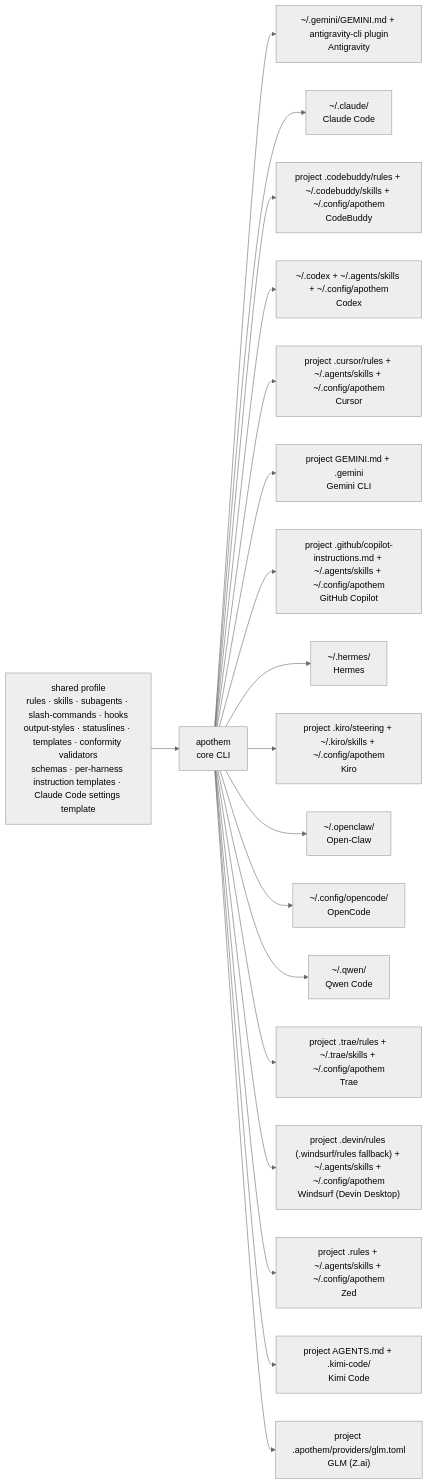
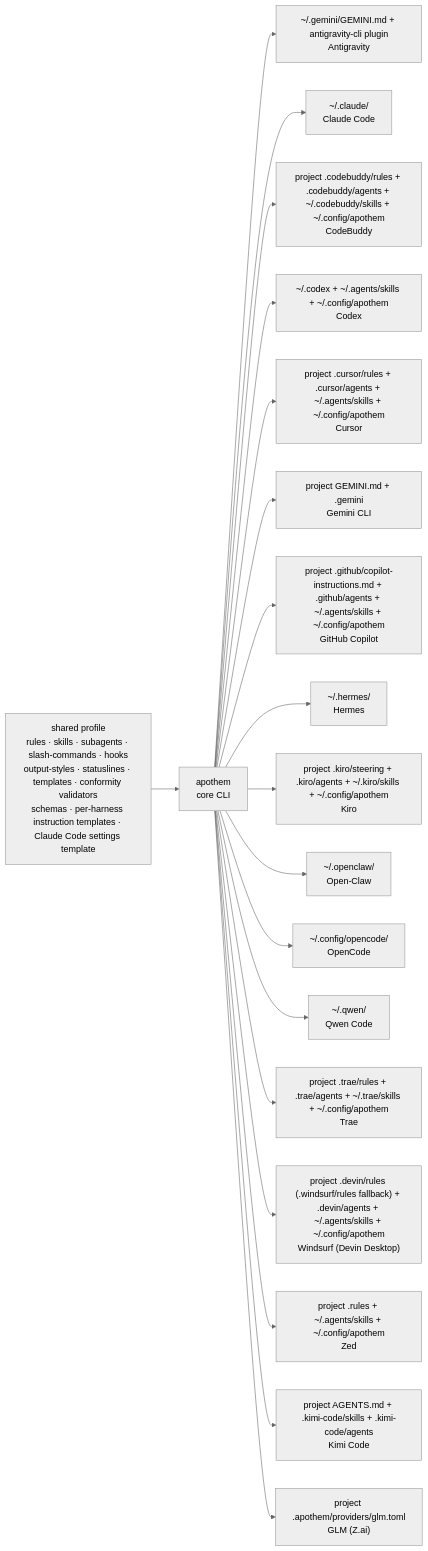
One commit to Ahmed-G-Gad/apothem changed the first of 2 diagrams in README.md. Above: the diagram before and after it, drawn with Mermaid. The commit also changed other lines of this file and 307 other files, not shown here.

````diff
--- a/README.md
+++ b/README.md
@@ -606,27 +606,27 @@
 ```mermaid
 %%{ init: { "theme": "neutral" } }%%
 %% verified: 2026-10-15 %%
 %% provenance: README.md §How it works — apothem's seventeen-harness materialization fan-out %%
 %% cross-reference: src/apothem/lib/harness_registry_data.py (the authoritative adapter registry) %%
 graph LR
     P["shared profile<br/>rules · skills · subagents · slash-commands · hooks<br/>output-styles · statuslines · templates · conformity validators<br/>schemas · per-harness instruction templates · Claude Code settings template"]
     A["apothem<br/>core CLI"]
     P --> A
     A --> AG["~/.gemini/GEMINI.md + antigravity-cli plugin<br/>Antigravity"]
     A --> CC["~/.claude/<br/>Claude Code"]
-    A --> CB["project .codebuddy/rules + ~/.codebuddy/skills + ~/.config/apothem<br/>CodeBuddy"]
+    A --> CB["project .codebuddy/rules + .codebuddy/agents + ~/.codebuddy/skills + ~/.config/apothem<br/>CodeBuddy"]
     A --> CO["~/.codex + ~/.agents/skills + ~/.config/apothem<br/>Codex"]
-    A --> CU["project .cursor/rules + ~/.agents/skills + ~/.config/apothem<br/>Cursor"]
+    A --> CU["project .cursor/rules + .cursor/agents + ~/.agents/skills + ~/.config/apothem<br/>Cursor"]
     A --> GE["project GEMINI.md + .gemini<br/>Gemini CLI"]
-    A --> GC["project .github/copilot-instructions.md + ~/.agents/skills + ~/.config/apothem<br/>GitHub Copilot"]
+    A --> GC["project .github/copilot-instructions.md + .github/agents + ~/.agents/skills + ~/.config/apothem<br/>GitHub Copilot"]
     A --> HE["~/.hermes/<br/>Hermes"]
-    A --> KI["project .kiro/steering + ~/.kiro/skills + ~/.config/apothem<br/>Kiro"]
+    A --> KI["project .kiro/steering + .kiro/agents + ~/.kiro/skills + ~/.config/apothem<br/>Kiro"]
     A --> OW["~/.openclaw/<br/>Open-Claw"]
     A --> OC["~/.config/opencode/<br/>OpenCode"]
     A --> QW["~/.qwen/<br/>Qwen Code"]
-    A --> TR["project .trae/rules + ~/.trae/skills + ~/.config/apothem<br/>Trae"]
-    A --> WI["project .devin/rules (.windsurf/rules fallback) + ~/.agents/skills + ~/.config/apothem<br/>Windsurf (Devin Desktop)"]
+    A --> TR["project .trae/rules + .trae/agents + ~/.trae/skills + ~/.config/apothem<br/>Trae"]
+    A --> WI["project .devin/rules (.windsurf/rules fallback) + .devin/agents + ~/.agents/skills + ~/.config/apothem<br/>Windsurf (Devin Desktop)"]
     A --> ZE["project .rules + ~/.agents/skills + ~/.config/apothem<br/>Zed"]
-    A --> KM["project AGENTS.md + .kimi-code/<br/>Kimi Code"]
+    A --> KM["project AGENTS.md + .kimi-code/skills + .kimi-code/agents<br/>Kimi Code"]
     A --> GL["project .apothem/providers/glm.toml<br/>GLM (Z.ai)"]
 ```
````
